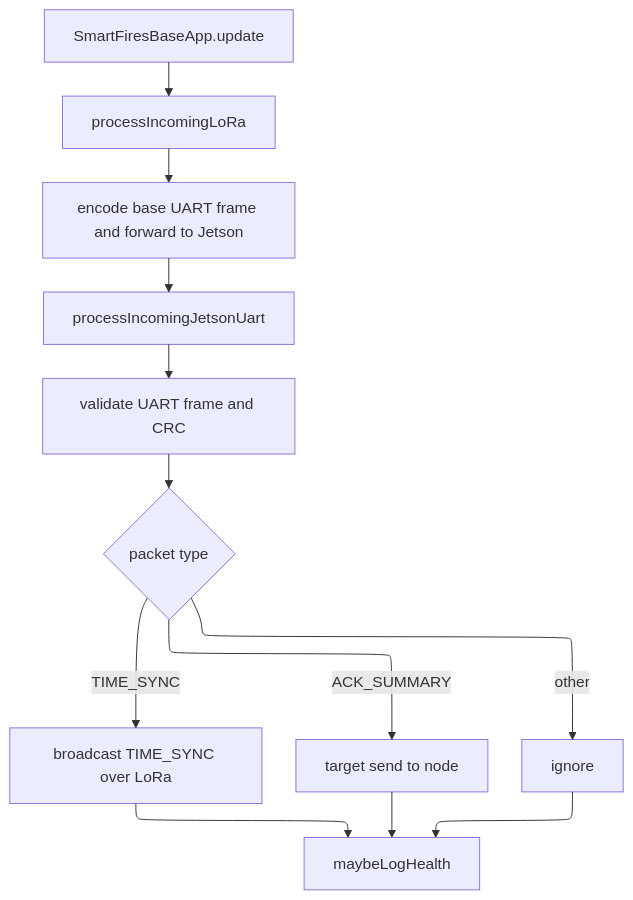
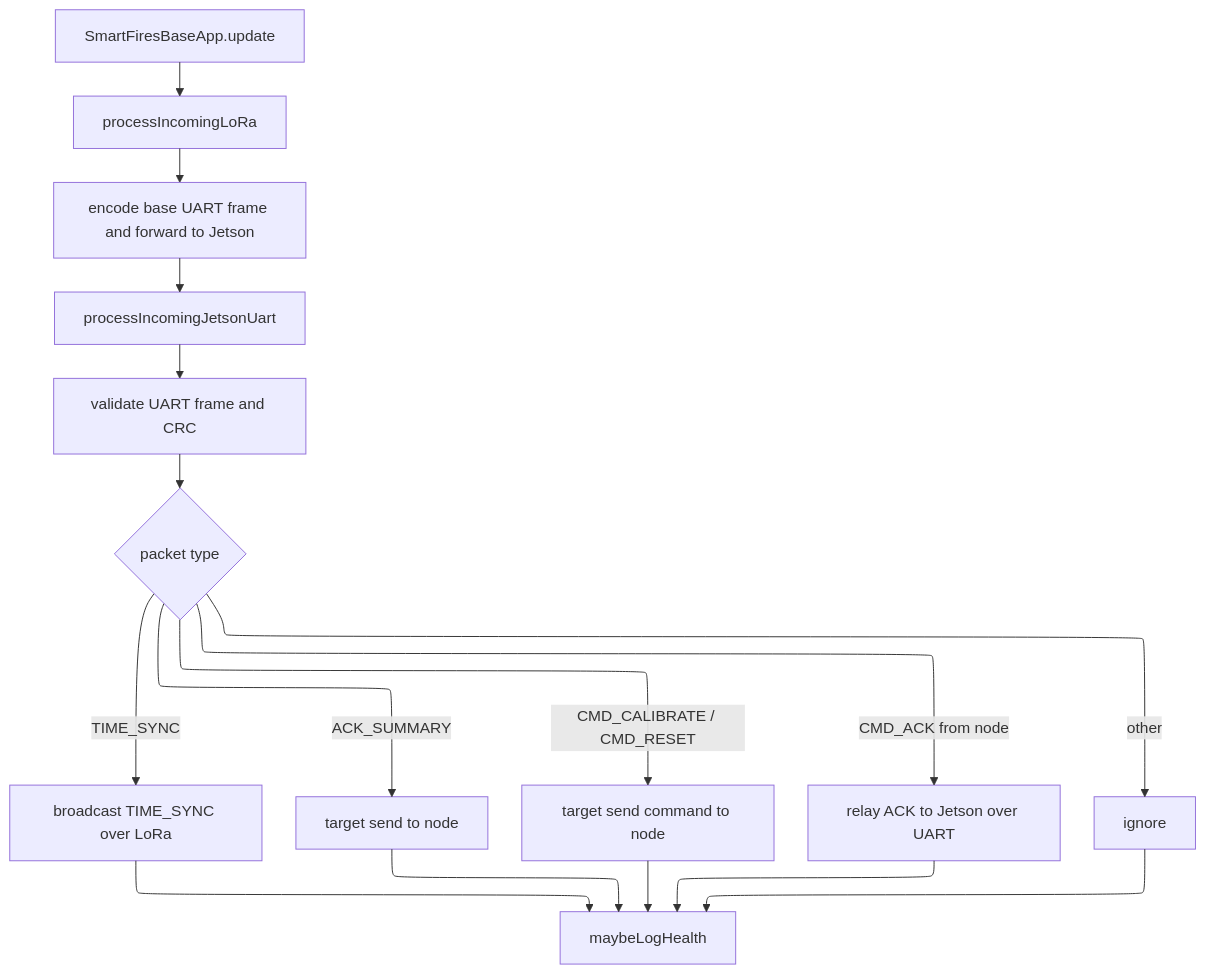
Before and after one commit to KylesCorner/SmartFires_IoT: the third of 4 diagrams in documentation/SOFTWARE_DESIGN_DIAGRAM.md, drawn with Mermaid. The commit also changed other lines of this file and 14 other files, not shown here.

````diff
--- a/documentation/SOFTWARE_DESIGN_DIAGRAM.md
+++ b/documentation/SOFTWARE_DESIGN_DIAGRAM.md
@@ -94,15 +98,19 @@
 ```mermaid
 %%{init: {"flowchart": {"defaultRenderer": "elk"}} }%%
 flowchart TD
     BaseLoop[SmartFiresBaseApp.update] --> LoRaRx[processIncomingLoRa]
     LoRaRx --> Forward[encode base UART frame and forward to Jetson]
     Forward --> JetsonRx[processIncomingJetsonUart]
     JetsonRx --> Parse[validate UART frame and CRC]
     Parse --> Route{packet type}
     Route -- TIME_SYNC --> Broadcast[broadcast TIME_SYNC over LoRa]
     Route -- ACK_SUMMARY --> Targeted[target send to node]
+    Route -- CMD_CALIBRATE / CMD_RESET --> Cmd[target send command to node]
+    Route -- CMD_ACK from node --> RelayAck[relay ACK to Jetson over UART]
     Route -- other --> Ignore[ignore]
     Broadcast --> Health[maybeLogHealth]
     Targeted --> Health
+    Cmd --> Health
+    RelayAck --> Health
     Ignore --> Health
 ```
````
